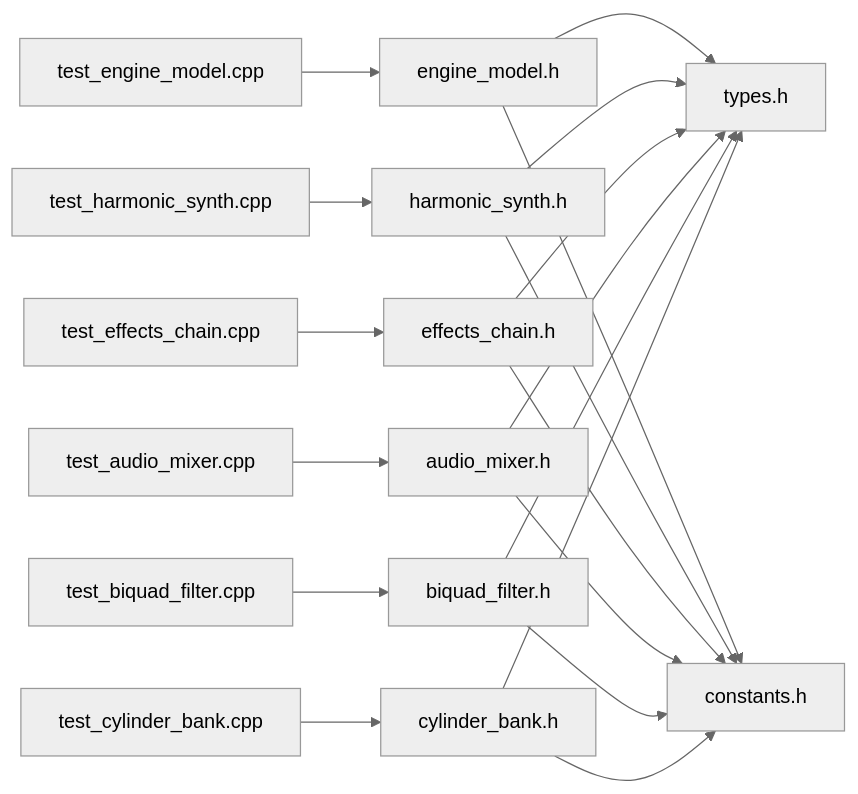
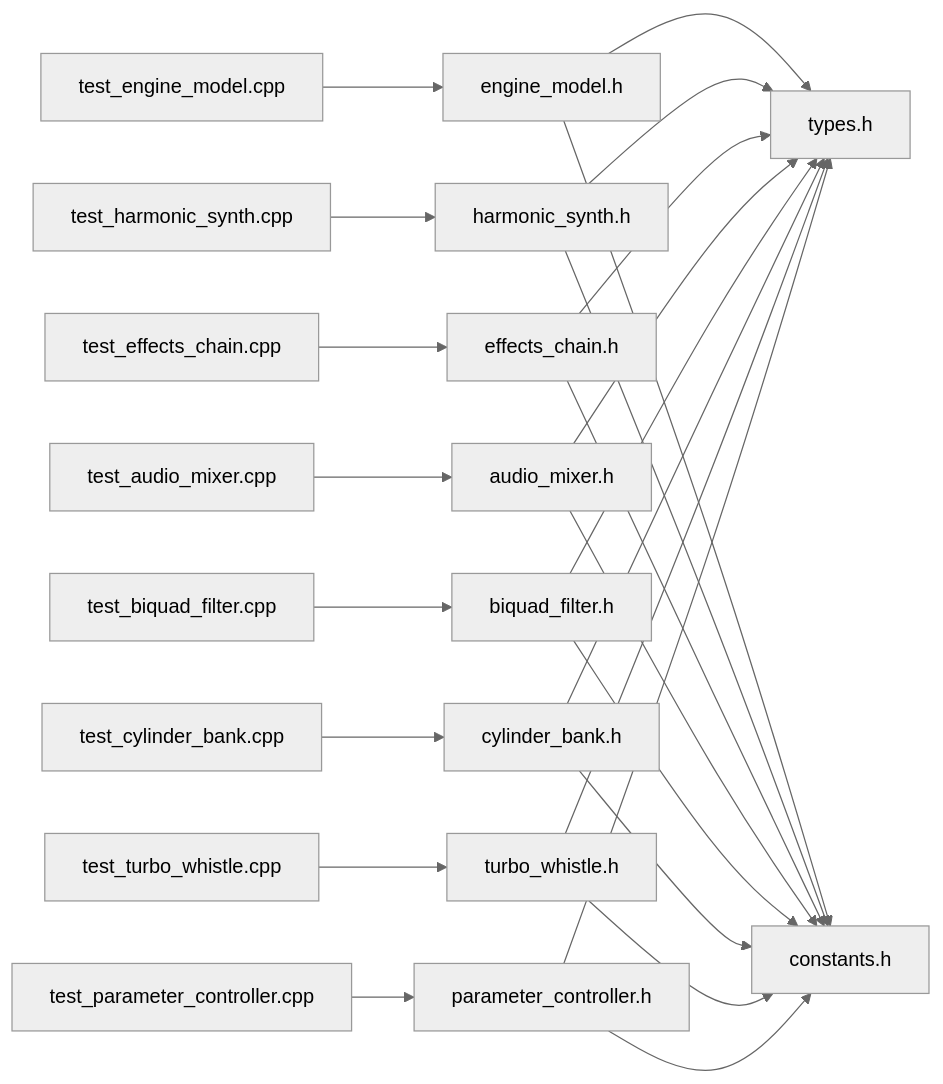
One commit to bangbangde/racing-sound-engine changed the ninth of 9 diagrams in .qoder/repowiki/zh/content/测试和质量保证/测试和质量保证.md. Above: the diagram before and after it, drawn with Mermaid (neutral theme). The commit also changed other lines of this file and 88 other files, not shown here.

````diff
--- a/.qoder/repowiki/zh/content/测试和质量保证/测试和质量保证.md
+++ b/.qoder/repowiki/zh/content/测试和质量保证/测试和质量保证.md
@@ -333,21 +420,27 @@
 ```mermaid
 graph LR
 T_EM["test_engine_model.cpp"] --> EM["engine_model.h"]
 T_HS["test_harmonic_synth.cpp"] --> HS["harmonic_synth.h"]
 T_EC["test_effects_chain.cpp"] --> EC["effects_chain.h"]
 T_BF["test_biquad_filter.cpp"] --> BF["biquad_filter.h"]
 T_AM["test_audio_mixer.cpp"] --> AM["audio_mixer.h"]
 T_CB["test_cylinder_bank.cpp"] --> CB["cylinder_bank.h"]
+T_TW["test_turbo_whistle.cpp"] --> TW["turbo_whistle.h"]
+T_PC["test_parameter_controller.cpp"] --> PC["parameter_controller.h"]
 EM --> TY["types.h"]
 HS --> TY
 EC --> TY
 AM --> TY
 BF --> TY
 CB --> TY
+TW --> TY
+PC --> TY
 EM --> CN["constants.h"]
 HS --> CN
 EC --> CN
 AM --> CN
 BF --> CN
 CB --> CN
+TW --> CN
+PC --> CN
 ```
````
